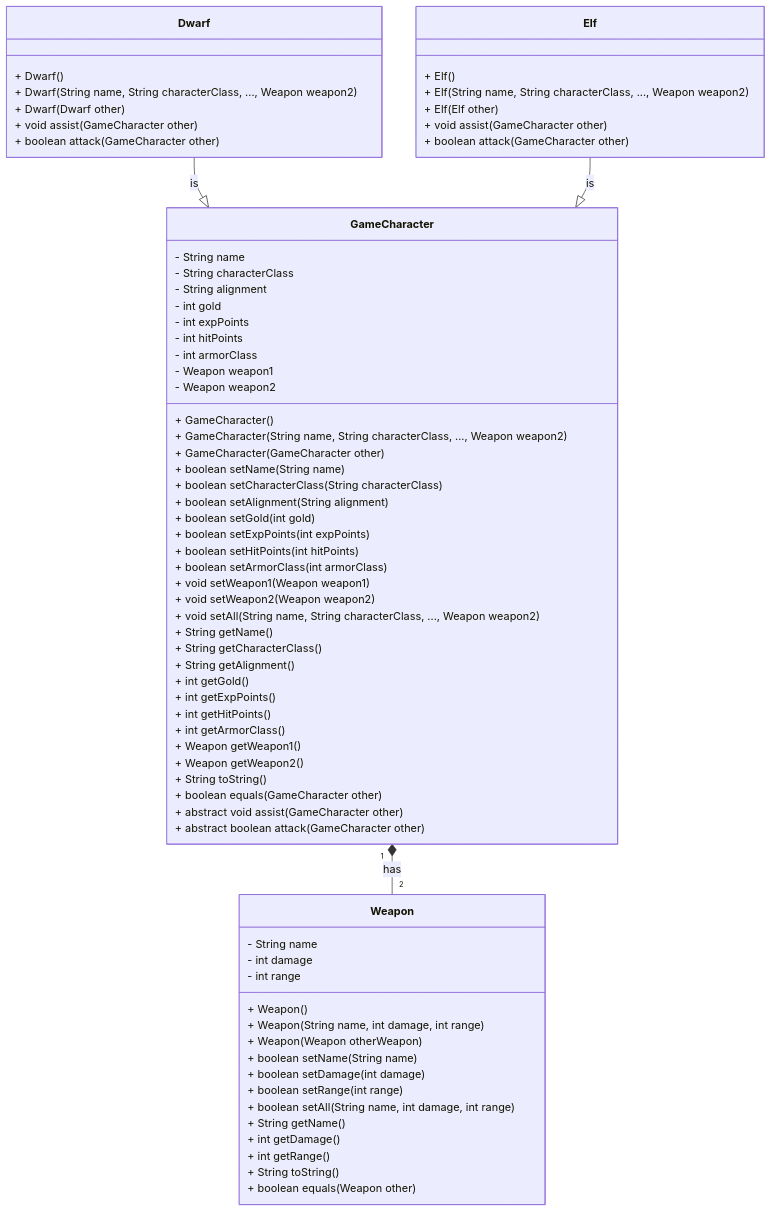
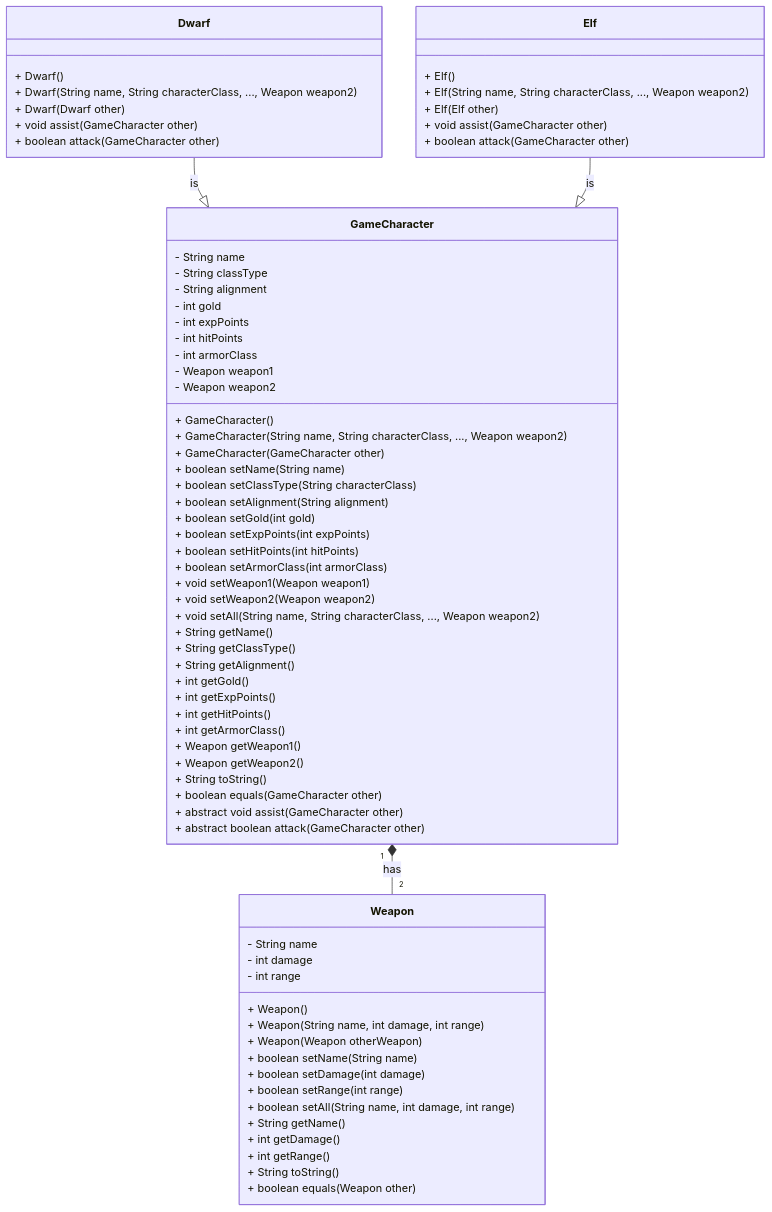
Before and after one commit to CS112-ProfeSoto/Lab-04: the diagram in README.md, drawn with Mermaid.

````diff
--- a/README.md
+++ b/README.md
@@ -9,78 +9,78 @@
 ```mermaid
 classDiagram
     class Weapon {
         - String name
         - int damage
         - int range
         + Weapon()
         + Weapon(String name, int damage, int range)
         + Weapon(Weapon otherWeapon)
         + boolean setName(String name)
         + boolean setDamage(int damage)
         + boolean setRange(int range)
         + boolean setAll(String name, int damage, int range)
         + String getName()
         + int getDamage()
         + int getRange()
         + String toString()
         + boolean equals(Weapon other)
     }
 
     class GameCharacter {
         - String name
-        - String characterClass
+        - String classType
         - String alignment
         - int gold
         - int expPoints
         - int hitPoints
         - int armorClass
         - Weapon weapon1
         - Weapon weapon2
         + GameCharacter()
         + GameCharacter(String name, String characterClass, ..., Weapon weapon2)
         + GameCharacter(GameCharacter other)
         + boolean setName(String name)
-        + boolean setCharacterClass(String characterClass)
+        + boolean setClassType(String characterClass)
         + boolean setAlignment(String alignment)
         + boolean setGold(int gold)
         + boolean setExpPoints(int expPoints)
         + boolean setHitPoints(int hitPoints)
         + boolean setArmorClass(int armorClass)
         + void setWeapon1(Weapon weapon1)
         + void setWeapon2(Weapon weapon2)
         + void setAll(String name, String characterClass, ..., Weapon weapon2)
         + String getName()
-        + String getCharacterClass()
+        + String getClassType()
         + String getAlignment()
         + int getGold()
         + int getExpPoints()
         + int getHitPoints()
         + int getArmorClass()
         + Weapon getWeapon1()
         + Weapon getWeapon2()
         + String toString()
         + boolean equals(GameCharacter other)
         + abstract void assist(GameCharacter other)
         + abstract boolean attack(GameCharacter other)
     }
 
     class Dwarf {
         + Dwarf()
         + Dwarf(String name, String characterClass, ..., Weapon weapon2)
         + Dwarf(Dwarf other)
         + void assist(GameCharacter other)
         + boolean attack(GameCharacter other)
     }
 
     class Elf {
         + Elf()
         + Elf(String name, String characterClass, ..., Weapon weapon2)
         + Elf(Elf other)
         + void assist(GameCharacter other)
         + boolean attack(GameCharacter other)
     }
 
     GameCharacter "1" *-- "2" Weapon : has
     Dwarf --|> GameCharacter : is
     Elf --|> GameCharacter : is
 ```
````
